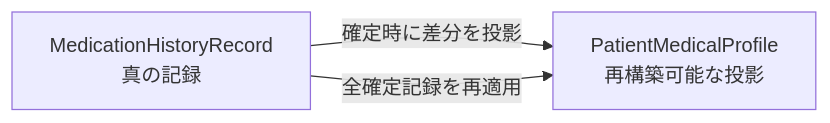
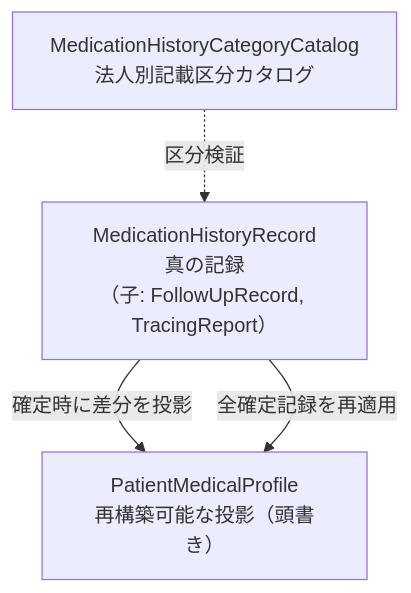
One commit to SatohaCC/PharmacyDomain changed the diagram in docs/ddd/medication_history.md. Above: the diagram before and after it, drawn with Mermaid. The commit also changed other lines of this file and 6 other files, not shown here.

````diff
--- a/docs/ddd/medication_history.md
+++ b/docs/ddd/medication_history.md
@@ -22,5 +22,6 @@
 ```mermaid
-flowchart LR
-    R[MedicationHistoryRecord<br>真の記録] -->|確定時に差分を投影| P[PatientMedicalProfile<br>再構築可能な投影]
+flowchart TD
+    R[MedicationHistoryRecord<br>真の記録<br>（子: FollowUpRecord, TracingReport）] -->|確定時に差分を投影| P[PatientMedicalProfile<br>再構築可能な投影（頭書き）]
     R -->|全確定記録を再適用| P
+    C[MedicationHistoryCategoryCatalog<br>法人別記載区分カタログ] -.->|区分検証| R
 ```
````
